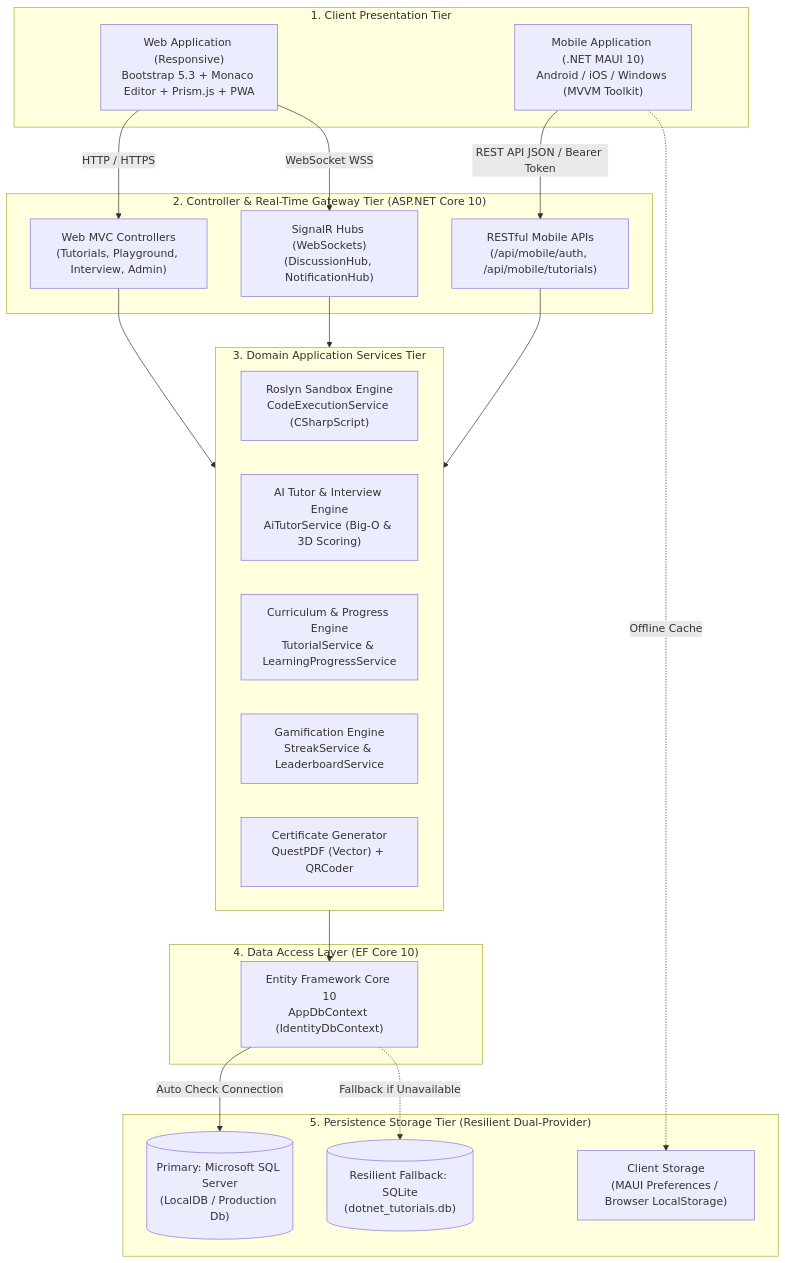
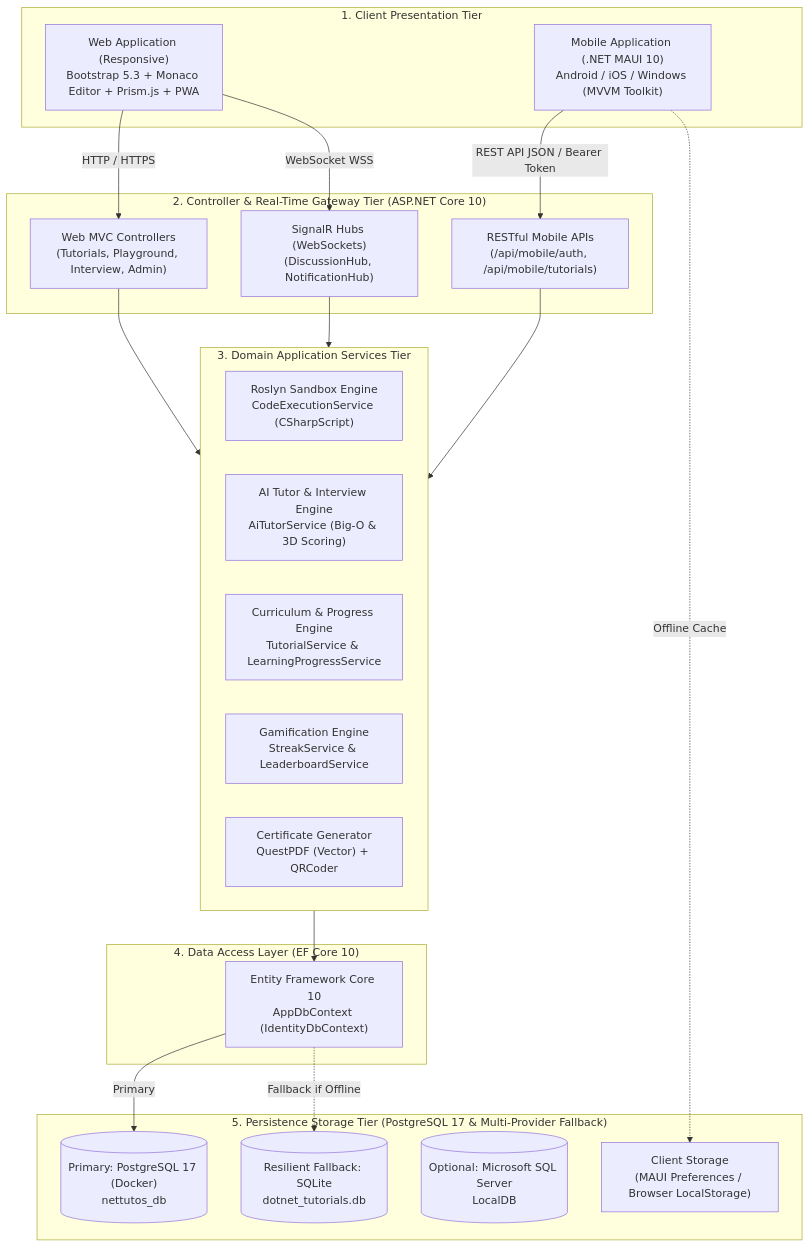
Before and after one commit to KaitoDeus/NET-Tutos: the first of 4 diagrams in docs/06_architecture_and_design_blueprint.md, drawn with Mermaid. The commit also changed other lines of this file and 4 other files, not shown here.

Commit message:
docs: align architectural specifications with PostgreSQL 17, Docker Compose, and web/ naming

````diff
--- a/docs/06_architecture_and_design_blueprint.md
+++ b/docs/06_architecture_and_design_blueprint.md
@@ -194,44 +196,45 @@
 ```mermaid
 flowchart TD
     subgraph ClientTier ["1. Client Presentation Tier"]
         WebClient["Web Application (Responsive)<br/>Bootstrap 5.3 + Monaco Editor + Prism.js + PWA"]
         MobileClient["Mobile Application (.NET MAUI 10)<br/>Android / iOS / Windows (MVVM Toolkit)"]
     end
 
     subgraph ApiGatewayTier ["2. Controller & Real-Time Gateway Tier (ASP.NET Core 10)"]
         MVC["Web MVC Controllers<br/>(Tutorials, Playground, Interview, Admin)"]
         MobileApi["RESTful Mobile APIs<br/>(/api/mobile/auth, /api/mobile/tutorials)"]
         SignalR["SignalR Hubs (WebSockets)<br/>(DiscussionHub, NotificationHub)"]
     end
 
     subgraph ServiceTier ["3. Domain Application Services Tier"]
         RoslynService["Roslyn Sandbox Engine<br/>CodeExecutionService (CSharpScript)"]
         AiService["AI Tutor & Interview Engine<br/>AiTutorService (Big-O & 3D Scoring)"]
         LmsService["Curriculum & Progress Engine<br/>TutorialService & LearningProgressService"]
         Gamification["Gamification Engine<br/>StreakService & LeaderboardService"]
         CertService["Certificate Generator<br/>QuestPDF (Vector) + QRCoder"]
     end
 
     subgraph DataAccessTier ["4. Data Access Layer (EF Core 10)"]
         EF["Entity Framework Core 10<br/>AppDbContext (IdentityDbContext)"]
     end
 
-    subgraph StorageTier ["5. Persistence Storage Tier (Resilient Dual-Provider)"]
-        SQLServer[("Primary: Microsoft SQL Server<br/>(LocalDB / Production Db)")]
-        SQLite[("Resilient Fallback: SQLite<br/>(dotnet_tutorials.db)")]
+    subgraph StorageTier ["5. Persistence Storage Tier (PostgreSQL 17 & Multi-Provider Fallback)"]
+        Postgres[("Primary: PostgreSQL 17 (Docker)<br/>nettutos_db")]
+        SQLite[("Resilient Fallback: SQLite<br/>dotnet_tutorials.db")]
+        SQLServer[("Optional: Microsoft SQL Server<br/>LocalDB")]
         SecureStore["Client Storage<br/>(MAUI Preferences / Browser LocalStorage)"]
     end
 
     WebClient -->|HTTP / HTTPS| MVC
     WebClient -->|WebSocket WSS| SignalR
     MobileClient -->|REST API JSON / Bearer Token| MobileApi
     MobileClient -.->|Offline Cache| SecureStore
 
     MVC --> ServiceTier
     MobileApi --> ServiceTier
     SignalR --> ServiceTier
 
     ServiceTier --> EF
-    EF -->|Auto Check Connection| SQLServer
-    EF -.->|Fallback if Unavailable| SQLite
+    EF -->|Primary| Postgres
+    EF -.->|Fallback if Offline| SQLite
 ```
````
